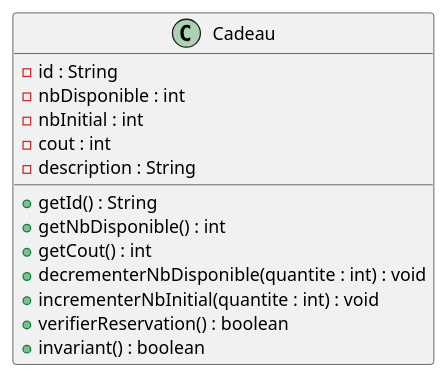
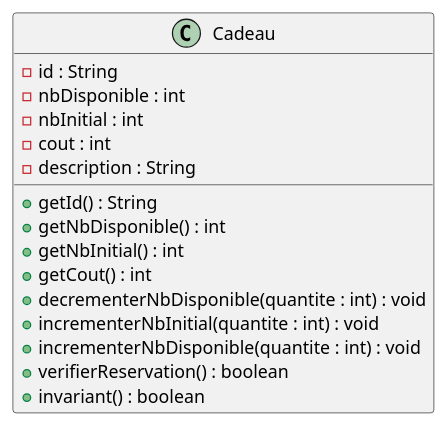
The diagram in Diagrammes/pge_uml_diag_classe_cadeau.pu (yasminebelmaaziz/dev_logiciel), drawn with PlantUML before and after one commit. The commit also changed 4 other files, not shown here.

```diff
--- a/Diagrammes/pge_uml_diag_classe_cadeau.pu
+++ b/Diagrammes/pge_uml_diag_classe_cadeau.pu
@@ -1,19 +1,21 @@
 @startuml
 
 class Cadeau {
   - id : String
   - nbDisponible : int
   - nbInitial : int
   - cout : int
   - description : String
 
   + getId() : String
   + getNbDisponible() : int
+  + getNbInitial() : int
   + getCout() : int
   + decrementerNbDisponible(quantite : int) : void
   + incrementerNbInitial(quantite : int) : void
+  + incrementerNbDisponible(quantite : int) : void
   + verifierReservation() : boolean
   + invariant() : boolean
 }
 
 @enduml
```
